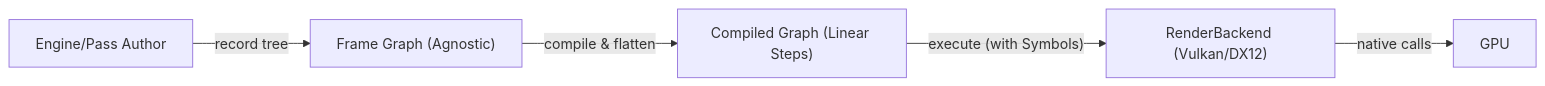
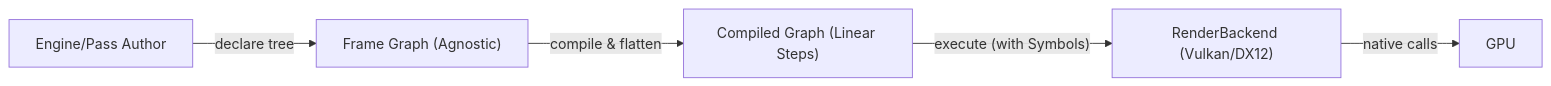
One commit to doomtr666/i3 changed the second of 2 diagrams in doc/frame_graph_design.md. Above: the diagram before and after it, drawn with Mermaid. The commit also changed other lines of this file and 36 other files, not shown here.

````diff
--- a/doc/frame_graph_design.md
+++ b/doc/frame_graph_design.md
@@ -538,7 +538,7 @@
 ```mermaid
 graph LR
-    User["Engine/Pass Author"] -- "record tree" --> FG["Frame Graph (Agnostic)"]
+    User["Engine/Pass Author"] -- "declare tree" --> FG["Frame Graph (Agnostic)"]
     FG -- "compile & flatten" --> CG["Compiled Graph (Linear Steps)"]
     CG -- "execute (with Symbols)" --> RHI["RenderBackend (Vulkan/DX12)"]
     RHI -- "native calls" --> GPU["GPU"]
 ```
````
